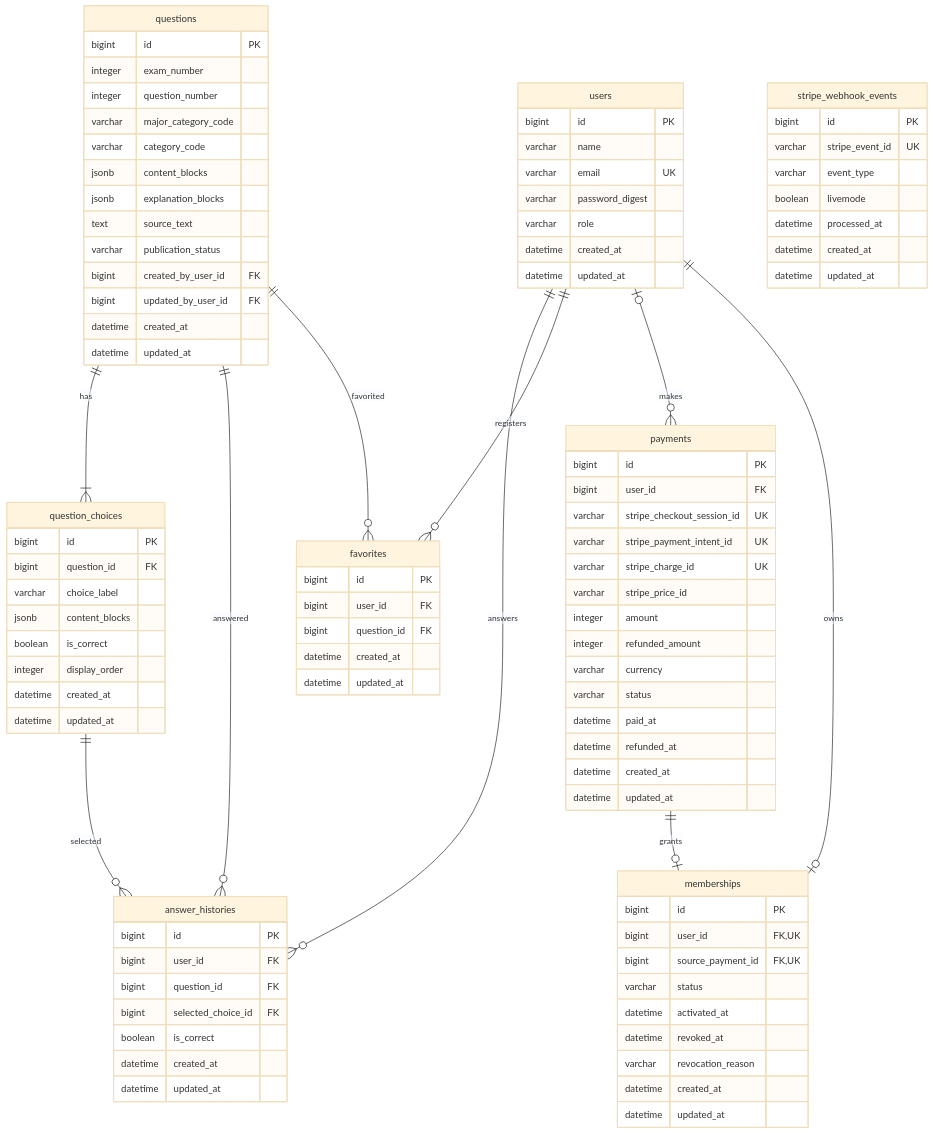
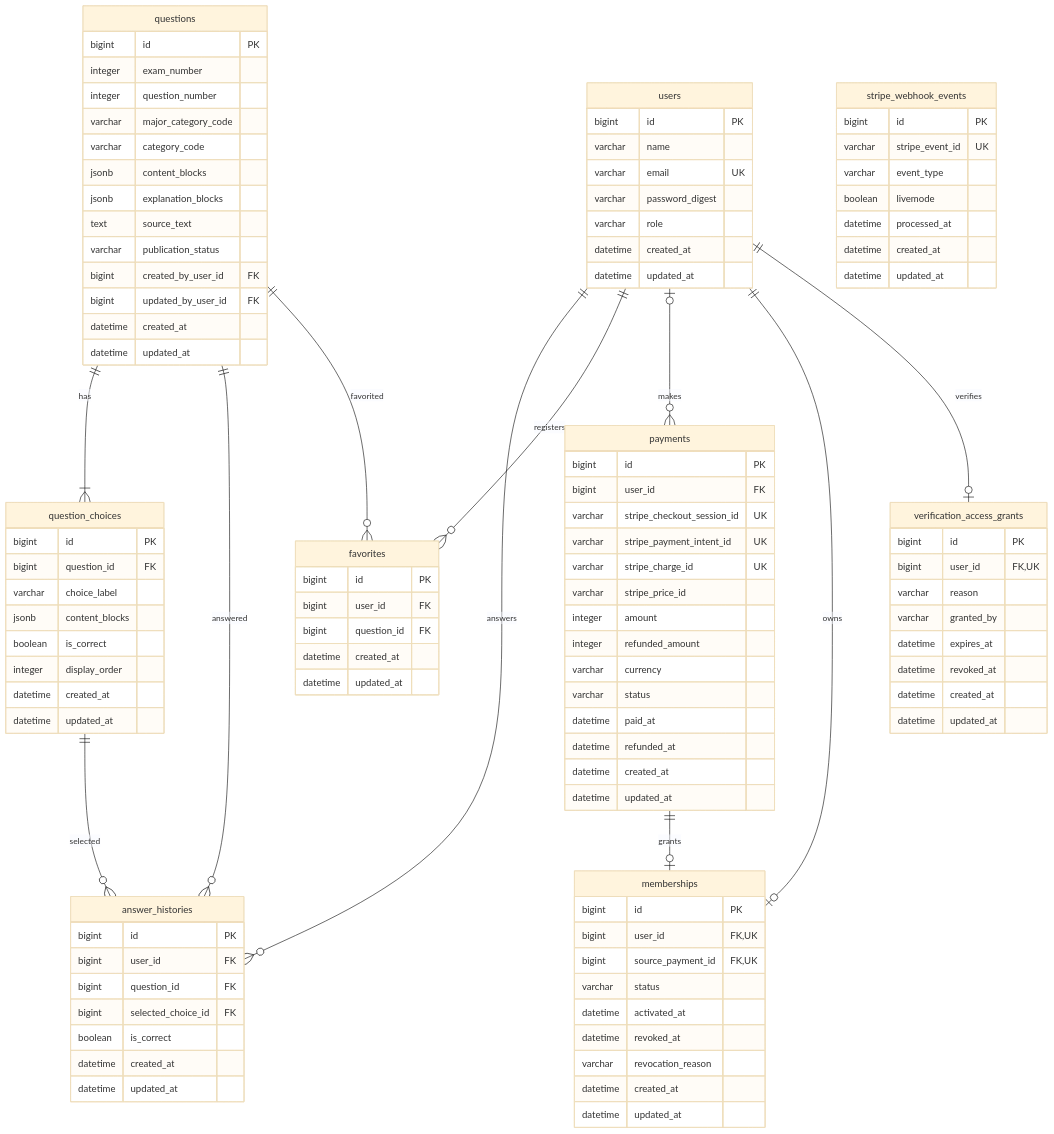
Before and after one commit to misato729/TQCE-info-practice: the diagram in document/DB設計.md, drawn with Mermaid (base theme). The commit also changed other lines of this file and 18 other files, not shown here.

Commit message:
feat: add expiring verification access without payments

```diff
--- a/document/DB設計.md
+++ b/document/DB設計.md
@@ -42,6 +43,7 @@
     users ||--o{ favorites : registers
     users o|--o{ payments : makes
     users ||--o| memberships : owns
+    users ||--o| verification_access_grants : verifies
     payments ||--o| memberships : grants
     questions ||--|{ question_choices : has
     questions ||--o{ answer_histories : answered
@@ -132,6 +134,17 @@
         datetime updated_at
     }
 
+    verification_access_grants {
+        bigint id PK
+        bigint user_id FK,UK
+        varchar reason
+        varchar granted_by
+        datetime expires_at
+        datetime revoked_at
+        datetime created_at
+        datetime updated_at
+    }
+
     stripe_webhook_events {
         bigint id PK
         varchar stripe_event_id UK
```
